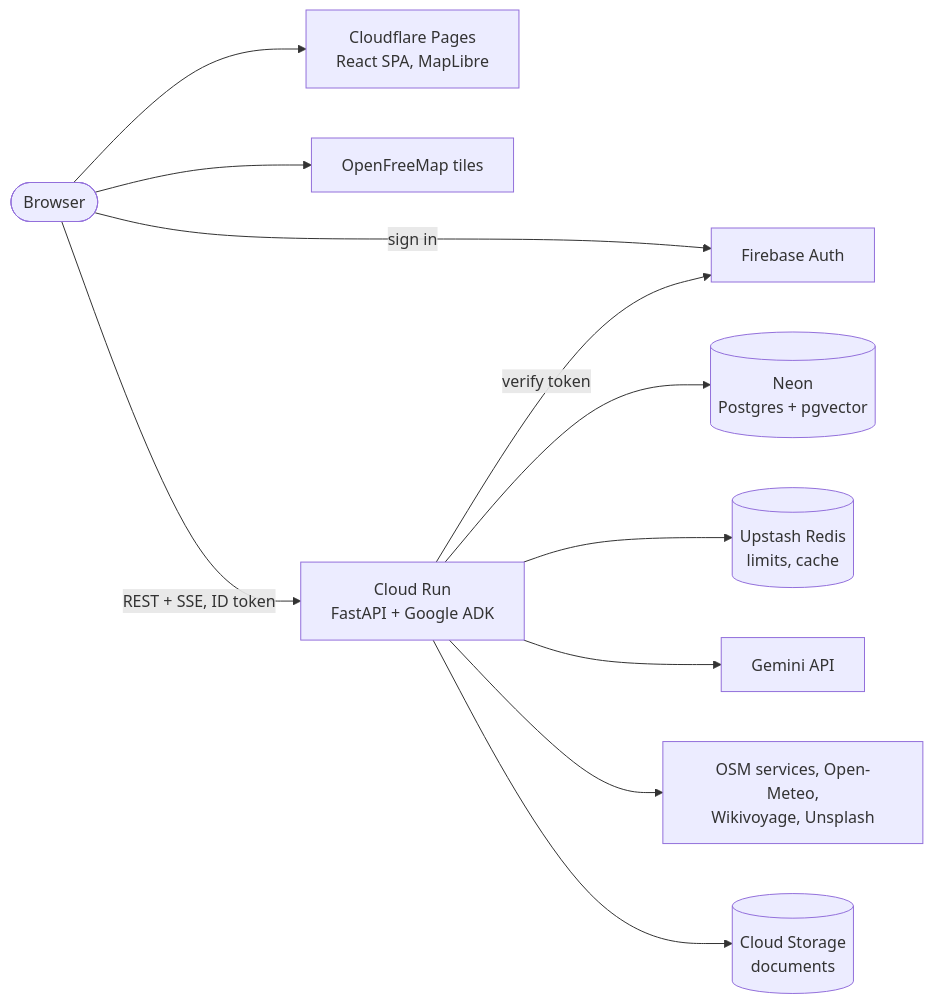
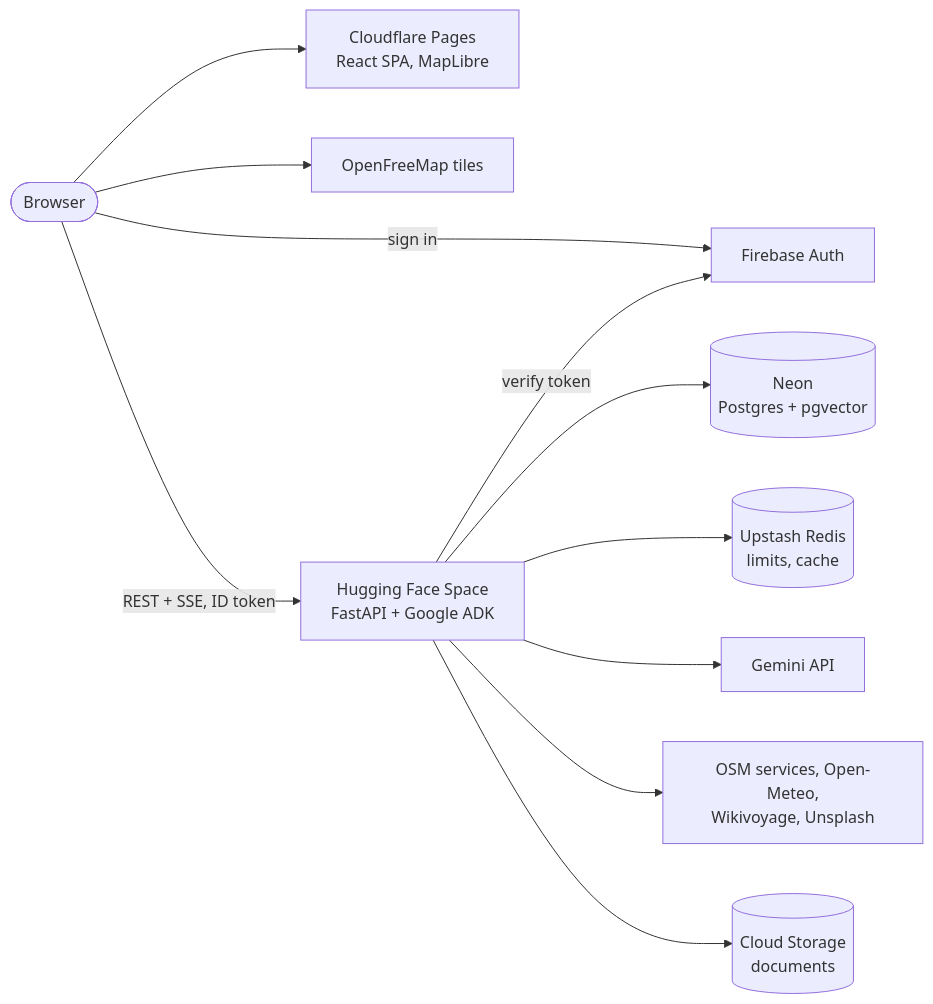
The second of 2 diagrams in README.md (fuseai-fellowship/Travya---Agentic-AI-Powered-Travel-Companion), drawn with Mermaid before and after one commit. The commit also changed other lines of this file and 18 other files, not shown here.

First line of the commit message:
Deploy the API to Hugging Face Spaces (no card needed) (#94)

````diff
--- a/README.md
+++ b/README.md
@@ -64,24 +64,24 @@
 ```mermaid
 flowchart LR
     browser(["Browser"])
     spa["Cloudflare Pages<br/>React SPA, MapLibre"]
     tiles["OpenFreeMap tiles"]
     firebase["Firebase Auth"]
-    api["Cloud Run<br/>FastAPI + Google ADK"]
+    api["Hugging Face Space<br/>FastAPI + Google ADK"]
     neon[("Neon<br/>Postgres + pgvector")]
     redis[("Upstash Redis<br/>limits, cache")]
     gemini["Gemini API"]
     open["OSM services, Open-Meteo,<br/>Wikivoyage, Unsplash"]
     gcs[("Cloud Storage<br/>documents")]
 
     browser --> spa
     browser --> tiles
     browser -- "sign in" --> firebase
     browser -- "REST + SSE, ID token" --> api
     api -- "verify token" --> firebase
     api --> neon
     api --> redis
     api --> gemini
     api --> open
     api --> gcs
 ```
````
